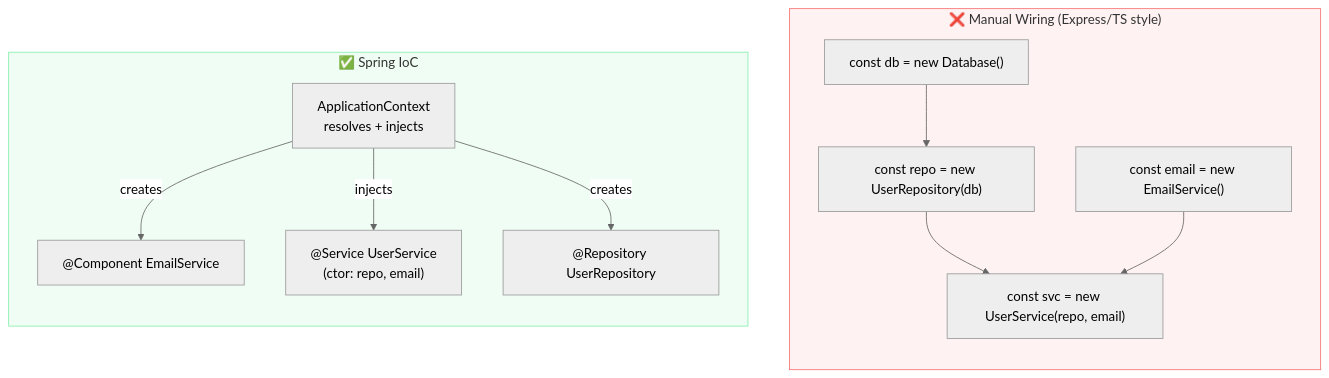
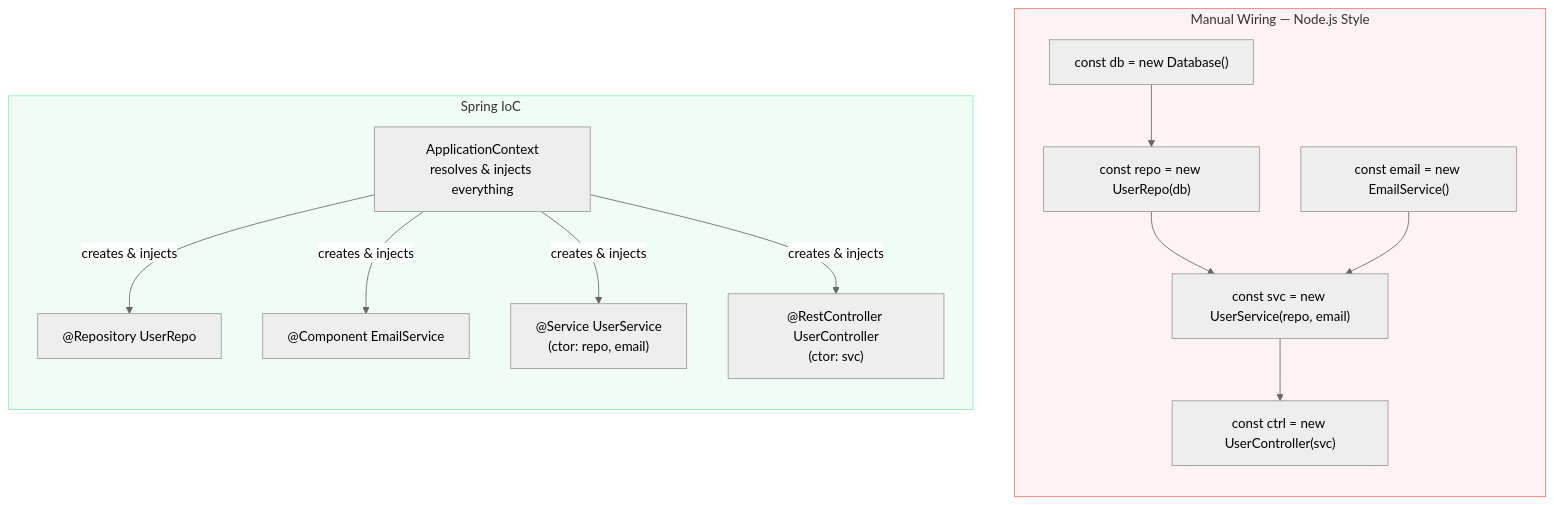
Before and after one commit to Siddesh-Pansare93/dev-notes: the third of 3 diagrams in springboot/04-Spring-Core/01-IoC-DI-Concepts.md, drawn with Mermaid (neutral theme). The commit also changed other lines of this file and 248 other files, not shown here.

````diff
--- a/springboot/04-Spring-Core/01-IoC-DI-Concepts.md
+++ b/springboot/04-Spring-Core/01-IoC-DI-Concepts.md
@@ -165,24 +414,27 @@
 ```mermaid
 flowchart TD
-    subgraph Manual["❌ Manual Wiring (Express/TS style)"]
+    subgraph Manual["Manual Wiring — Node.js Style"]
         direction TB
         m1["const db = new Database()"]
-        m2["const repo = new UserRepository(db)"]
+        m2["const repo = new UserRepo(db)"]
         m3["const email = new EmailService()"]
         m4["const svc = new UserService(repo, email)"]
-        m1 --> m2 --> m4
+        m5["const ctrl = new UserController(svc)"]
+        m1 --> m2 --> m4 --> m5
         m3 --> m4
     end
-    subgraph Spring["✅ Spring IoC"]
+    subgraph Spring["Spring IoC"]
         direction TB
-        s1["@Component EmailService"]
-        s2["@Repository UserRepository"]
+        s1["@Repository UserRepo"]
+        s2["@Component EmailService"]
         s3["@Service UserService\n(ctor: repo, email)"]
-        s4["ApplicationContext\nresolves + injects"]
-        s4 -- "injects" --> s3
-        s4 -- "creates" --> s1
-        s4 -- "creates" --> s2
+        s4["@RestController UserController\n(ctor: svc)"]
+        s5["ApplicationContext\nresolves & injects everything"]
+        s5 -- "creates & injects" --> s1
+        s5 -- "creates & injects" --> s2
+        s5 -- "creates & injects" --> s3
+        s5 -- "creates & injects" --> s4
     end
     style Manual fill:#fef2f2,stroke:#f87171
     style Spring fill:#f0fdf4,stroke:#86efac
 ```
````
